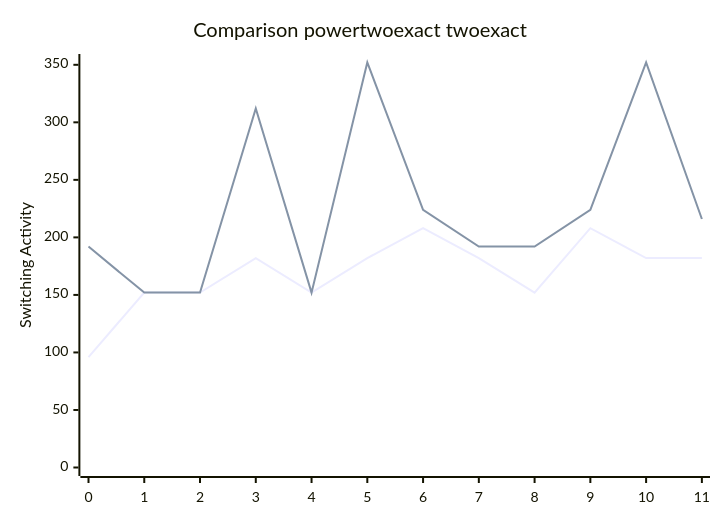
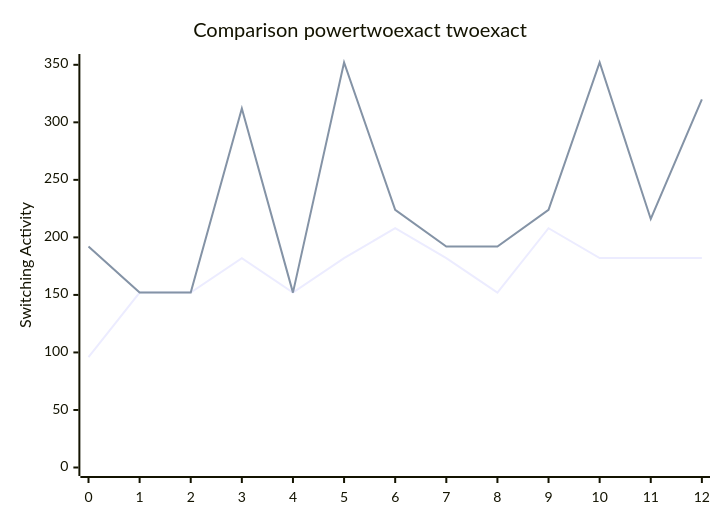
Before and after one commit to FeldmeierMichael/Exact-Power-Synthesis: the diagram in benchmark.md, drawn with Mermaid. The commit also changed other lines of this file and 2 other files, not shown here.

````diff
--- a/benchmark.md
+++ b/benchmark.md
@@ -35,8 +37,8 @@
 ```mermaid
 xychart-beta
     title "Comparison powertwoexact twoexact"
-    x-axis [0, 1, 2, 3, 4, 5, 6, 7, 8, 9, 10, 11]
+    x-axis [0, 1, 2, 3, 4, 5, 6, 7, 8, 9, 10, 11, 12]
     y-axis "Switching Activity" 0-->352
-    line [96, 152, 152, 182, 152, 182, 208, 182, 152, 208, 182, 182]
-    line [192, 152, 152, 312, 152, 352, 224, 192, 192, 224, 352, 216]
+    line [96, 152, 152, 182, 152, 182, 208, 182, 152, 208, 182, 182, 182]
+    line [192, 152, 152, 312, 152, 352, 224, 192, 192, 224, 352, 216, 320]
 ```
````
